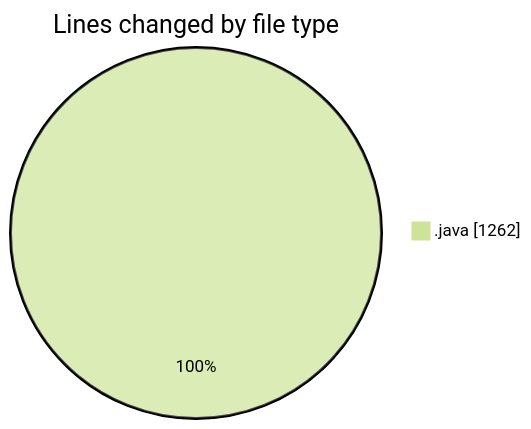
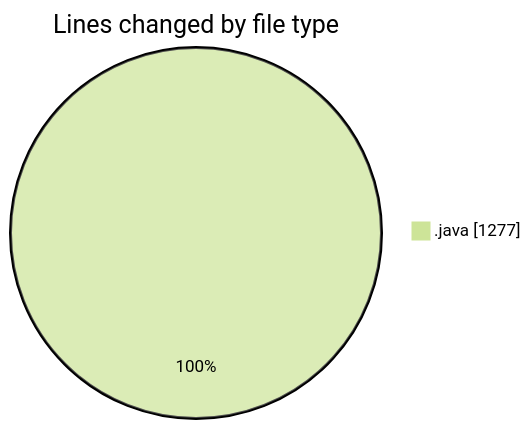
The first of 2 diagrams in 2026-04-17/cilapp/README.md (ricardozamudiocil/code-tracking), drawn with Mermaid (forest theme) before and after one commit. The commit also changed other lines of this file and 1 other file, not shown here.

````diff
--- a/2026-04-17/cilapp/README.md
+++ b/2026-04-17/cilapp/README.md
@@ -20,5 +20,5 @@
 ```mermaid
 pie showData
 title Lines changed by file type
-".java" : 1262
+".java" : 1277
 ```
````
